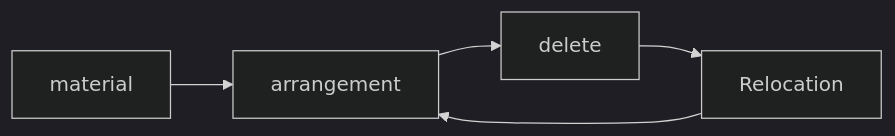
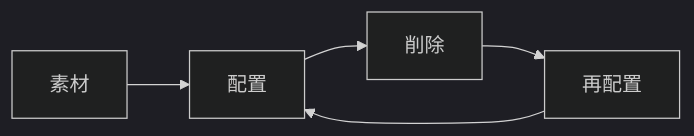
One commit to monumental-movement/monumental-movement.github.io changed the fourth of 5 diagrams in en/_posts/2026-04-18-column-basquiat.md. Above: the diagram before and after it, drawn with Mermaid (dark theme). The commit also changed other lines of this file and 2196 other files, not shown here.

```diff
--- a/en/_posts/2026-04-18-column-basquiat.md
+++ b/en/_posts/2026-04-18-column-basquiat.md
@@ -128,7 +127,7 @@
 <div class="mermaid">
 flowchart LR
-A[material] --> B[arrangement]
-B --> C[delete]
-C --> D[Relocation]
+A[素材] --> B[配置]
+B --> C[削除]
+C --> D[再配置]
 D --> B
 </div>
```
